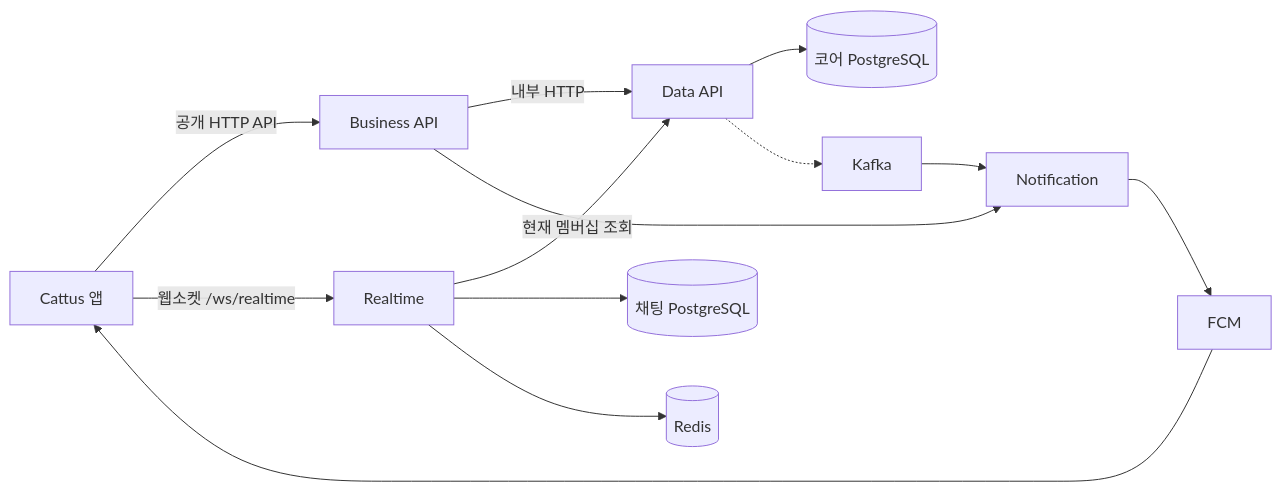
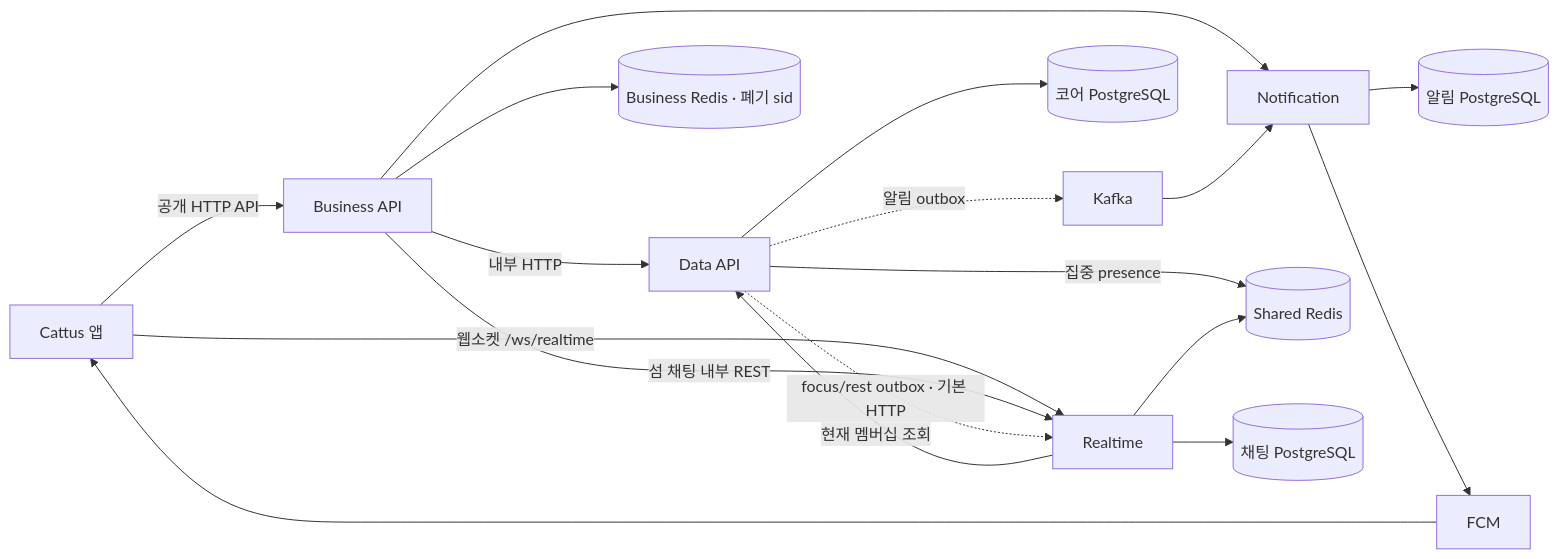
Before and after one commit to OneOrThree/phone: the diagram in README.md, drawn with Mermaid. The commit also changed other lines of this file and 4 other files, not shown here.

````diff
--- a/README.md
+++ b/README.md
@@ -28,15 +28,20 @@
 ```mermaid
 flowchart LR
   app["Cattus 앱"] -->|"공개 HTTP API"| business["Business API"]
   app -->|"웹소켓 /ws/realtime"| realtime["Realtime"]
   business -->|"내부 HTTP"| data["Data API"]
   business --> notification["Notification"]
+  business -->|"섬 채팅 내부 REST"| realtime
   realtime -->|"현재 멤버십 조회"| data
   data --> coreDb[("코어 PostgreSQL")]
-  data -.-> kafka["Kafka"]
+  data -->|"집중 presence"| redis[("Shared Redis")]
+  data -.->|"focus/rest outbox · 기본 HTTP"| realtime
+  data -.->|"알림 outbox"| kafka["Kafka"]
   kafka --> notification
   realtime --> chatDb[("채팅 PostgreSQL")]
-  realtime --> redis[("Redis")]
+  realtime --> redis
+  business --> bizRedis[("Business Redis · 폐기 sid")]
+  notification --> notiDb[("알림 PostgreSQL")]
   notification --> fcm["FCM"]
   fcm --> app
 ```
````
